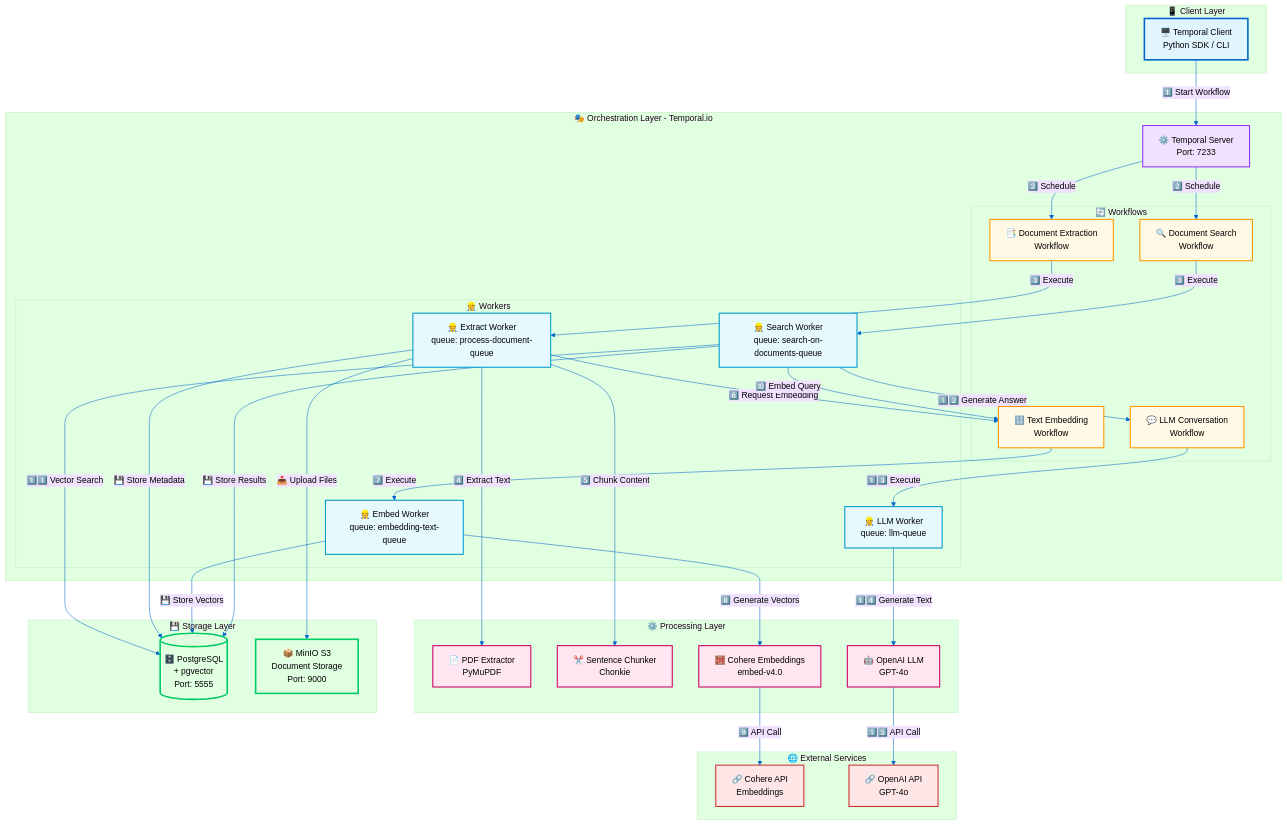
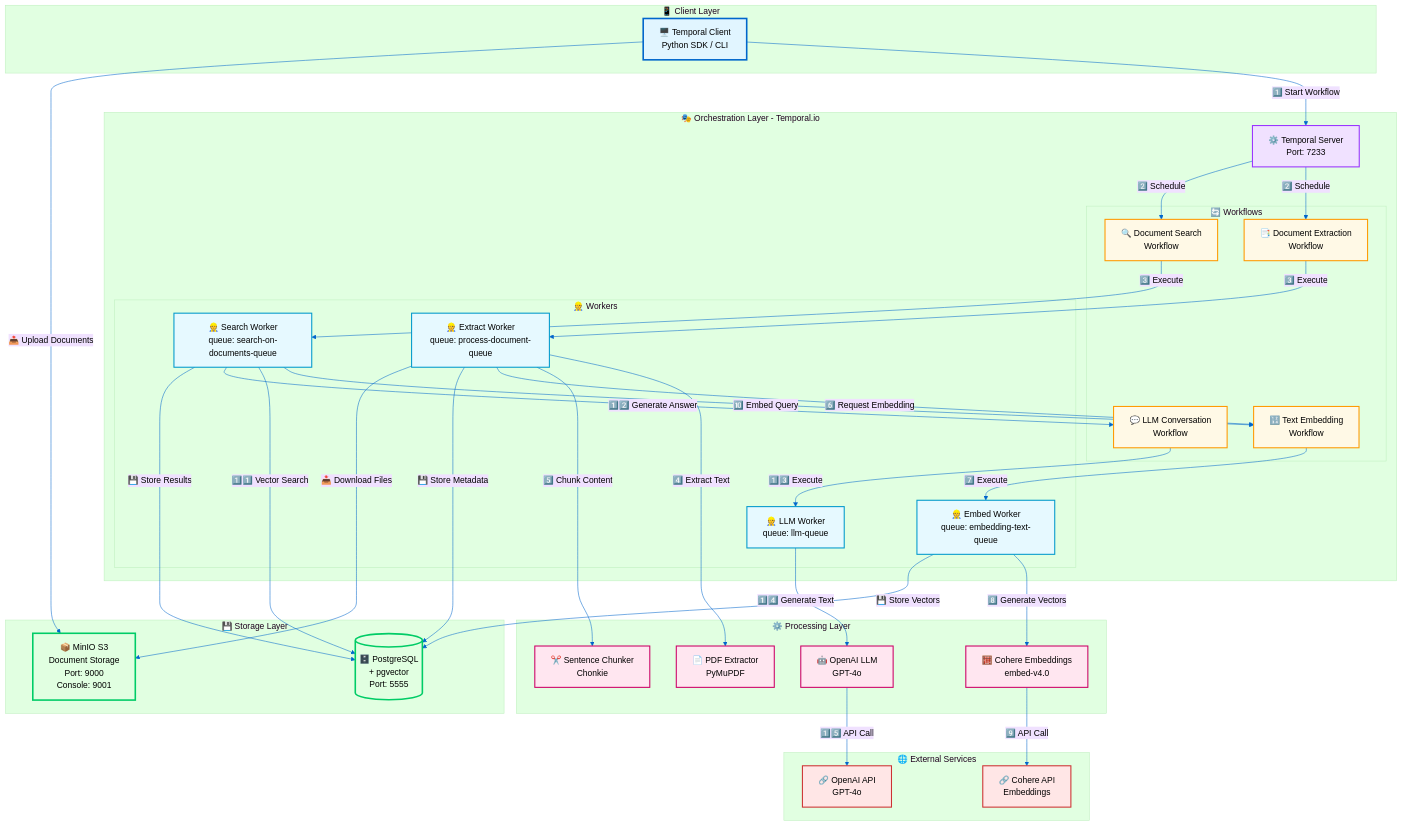
Before and after one commit to winnin/gdai: the first of 4 diagrams in README.md, drawn with Mermaid. The commit also changed other lines of this file and 9 other files, not shown here.

First line of the commit message:
feat: add S3/MinIO storage support for document management

```diff
--- a/README.md
+++ b/README.md
@@ -156,7 +173,7 @@
 
     subgraph "💾 Storage Layer"
         DB[("🗄️ PostgreSQL<br/>+ pgvector<br/>Port: 5555")]
-        S3["📦 MinIO S3<br/>Document Storage<br/>Port: 9000"]
+        S3["📦 MinIO S3<br/>Document Storage<br/>Port: 9000<br/>Console: 9001"]
     end
 
     subgraph "🌐 External Services"
@@ -193,7 +210,8 @@
     EmbedWorker -->|"💾 Store Vectors"| DB
     SearchWorker -->|"💾 Store Results"| DB
 
-    ExtractWorker -->|"📤 Upload Files"| S3
+    Client -->|"📤 Upload Documents"| S3
+    ExtractWorker -->|"📥 Download Files"| S3
 
     %% Styling
     classDef clientStyle fill:#e1f5ff,stroke:#0066cc,stroke-width:3px,color:#000
```
